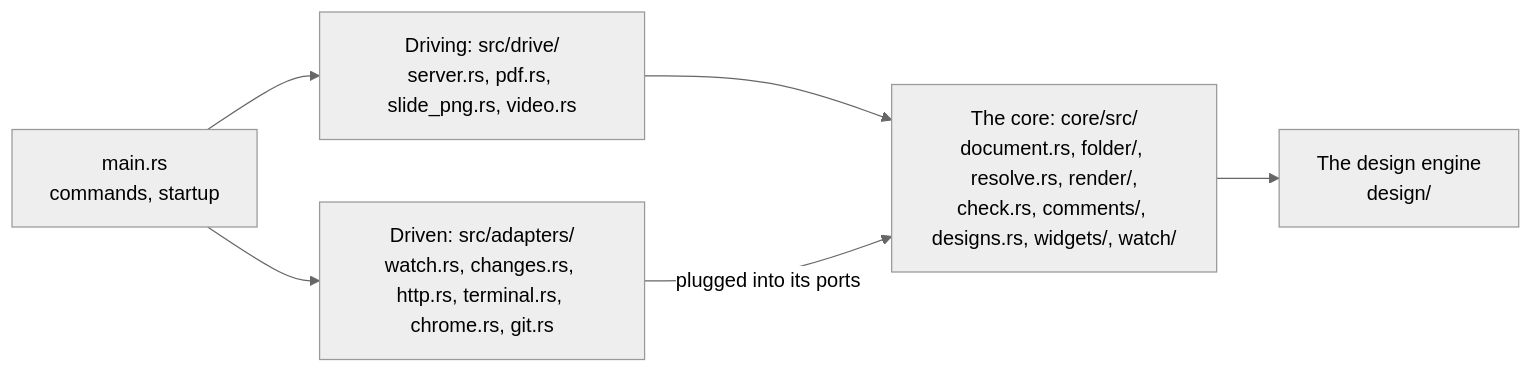
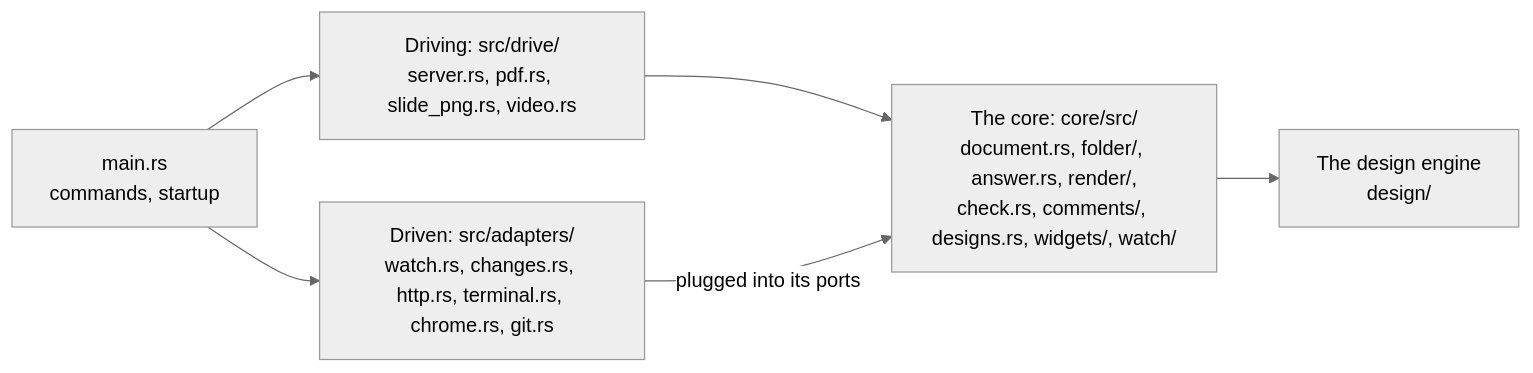
The diagram in docs/boxes/engineering/code-map/README.md (andrei512/devpage), drawn with Mermaid (neutral theme) before and after one commit. The commit also changed other lines of this file and 16 other files, not shown here.

First line of the commit message:
answer: every request route decided in core, widget modules and the canvas page included

````diff
--- a/docs/boxes/engineering/code-map/README.md
+++ b/docs/boxes/engineering/code-map/README.md
@@ -26,13 +26,13 @@
 ```mermaid
 flowchart LR
   main["main.rs<br/>commands, startup"] --> drive["Driving: src/drive/<br/>server.rs, pdf.rs, slide_png.rs, video.rs"]
   main --> adapters["Driven: src/adapters/<br/>watch.rs, changes.rs, http.rs, terminal.rs, chrome.rs, git.rs"]
-  drive --> core["The core: core/src/<br/>document.rs, folder/, resolve.rs, render/,<br/>check.rs, comments/, designs.rs, widgets/, watch/"]
+  drive --> core["The core: core/src/<br/>document.rs, folder/, answer.rs, render/,<br/>check.rs, comments/, designs.rs, widgets/, watch/"]
   adapters -- "plugged into its ports" --> core
   core --> engine["The design engine<br/>design/"]
   click main href "#how-main-wires-it-together" "How main wires it together"
   click drive href "../../viewer/serving-pages/README.md" "Serving pages"
   click adapters href "../../viewer/live-updates/README.md" "Live updates"
   click core href "../../viewer/rendering-a-page/README.md" "Rendering a page"
   click engine href "../../viewer/design-engine/README.md" "The design engine"
 ```
````
